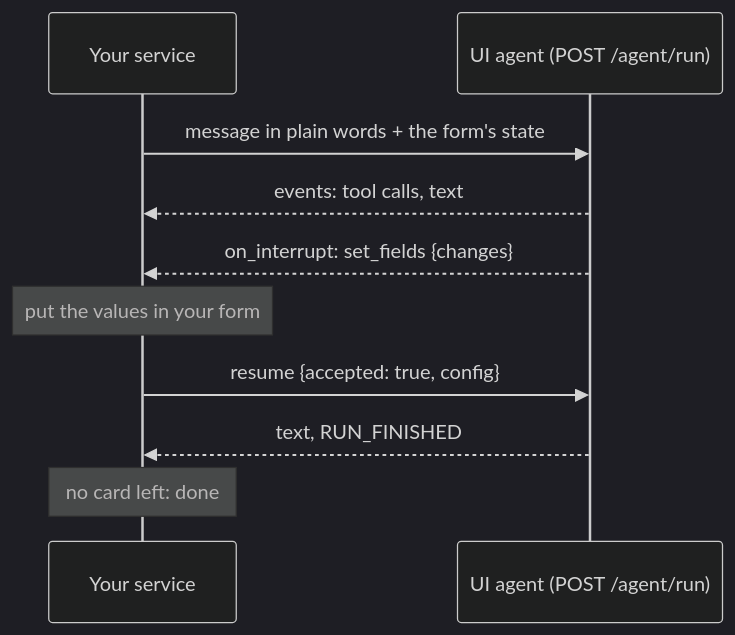
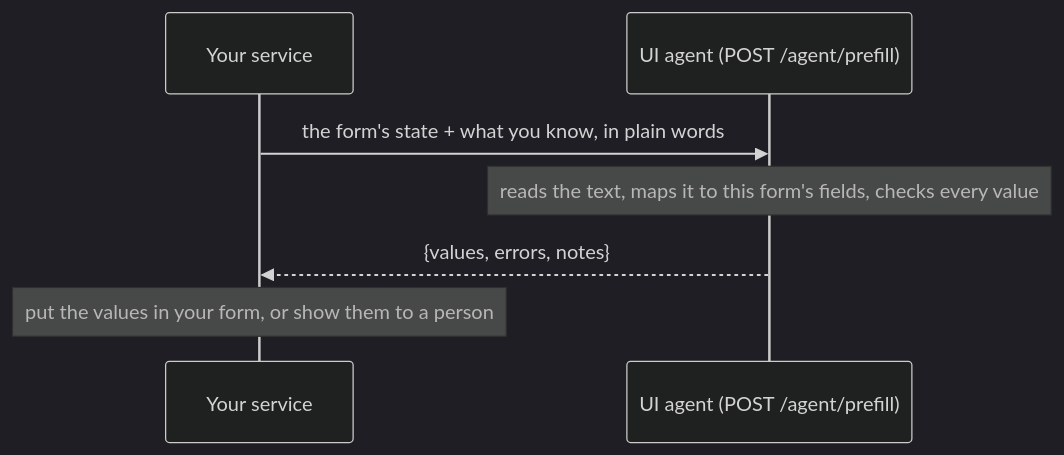
The diagram in site/src/content/docs/agents/ui-agent/without-a-ui.mdx (denvasylenko/dushes), drawn with Mermaid (dark theme) before and after one commit. The commit also changed other lines of this file and 4 other files, not shown here.

First line of the commit message:
Fill a form with no UI: one call to POST /agent/prefill, not a run loop

````diff
--- a/site/src/content/docs/agents/ui-agent/without-a-ui.mdx
+++ b/site/src/content/docs/agents/ui-agent/without-a-ui.mdx
@@ -24,12 +23,9 @@
 ```mermaid
 sequenceDiagram
   participant S as Your service
-  participant A as UI agent (POST /agent/run)
-  S->>A: message in plain words + the form's state
-  A-->>S: events: tool calls, text
-  A-->>S: on_interrupt: set_fields {changes}
-  Note over S: put the values in your form
-  S->>A: resume {accepted: true, config}
-  A-->>S: text, RUN_FINISHED
-  Note over S: no card left: done
+  participant A as UI agent (POST /agent/prefill)
+  S->>A: the form's state + what you know, in plain words
+  Note over A: reads the text, maps it to this form's fields, checks every value
+  A-->>S: {values, errors, notes}
+  Note over S: put the values in your form, or show them to a person
 ```
````
